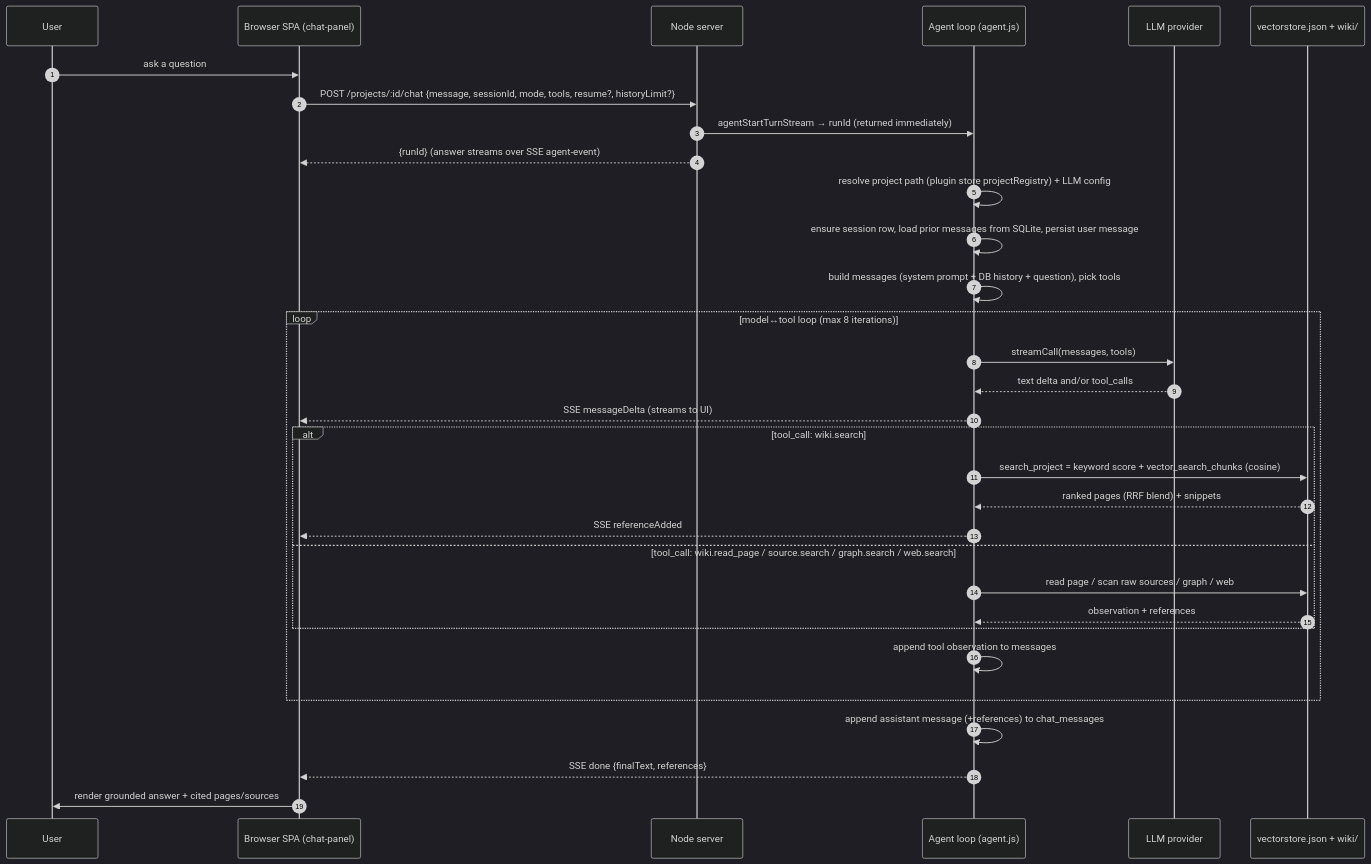
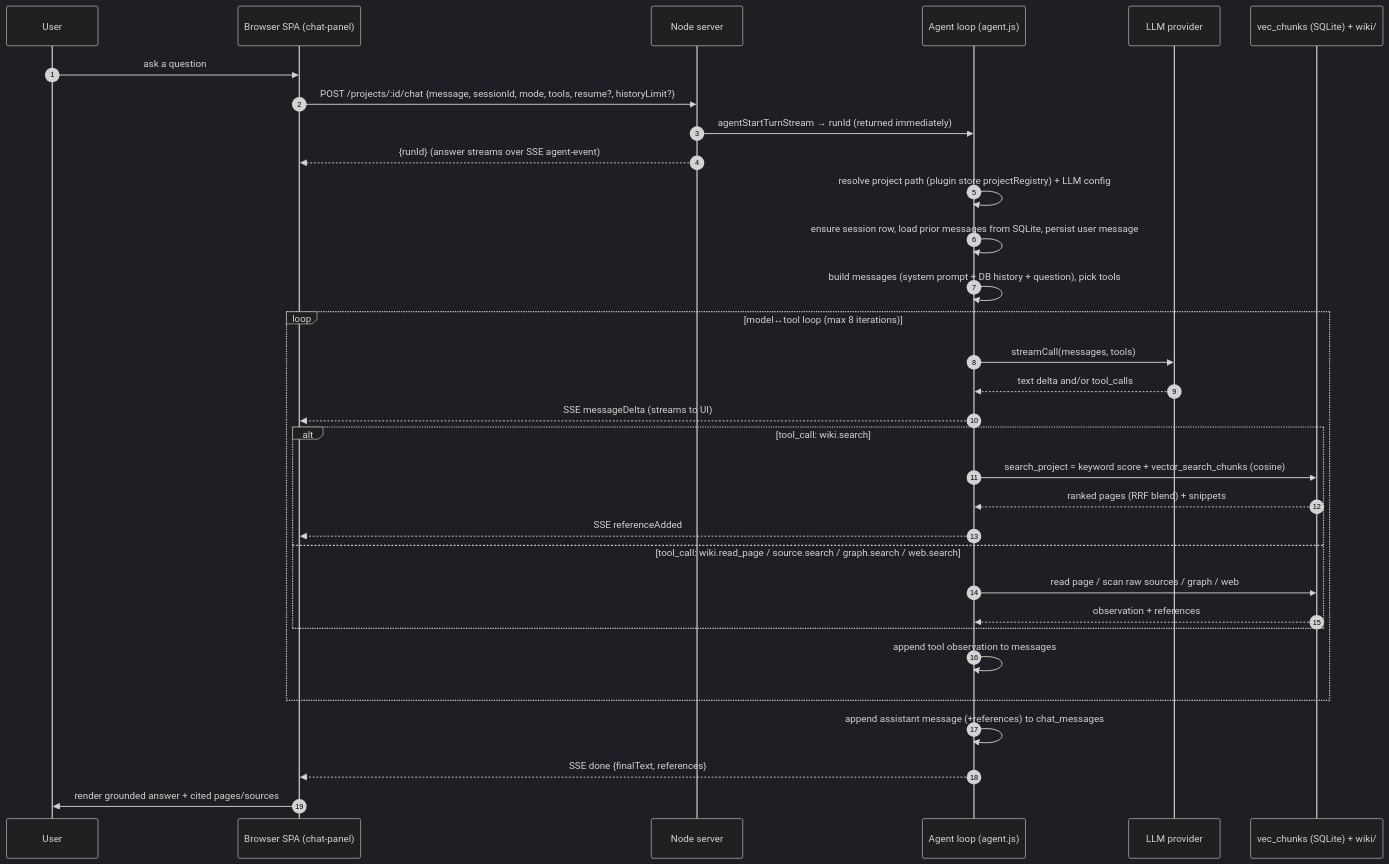
The third of 3 diagrams in docs/PUSH1_ACTUAL_ARCHITECTURE.md (nashsu/llm_wiki), drawn with Mermaid (dark theme) before and after one commit. The commit also changed other lines of this file and 13 other files, not shown here.

````diff
--- a/docs/PUSH1_ACTUAL_ARCHITECTURE.md
+++ b/docs/PUSH1_ACTUAL_ARCHITECTURE.md
@@ -234,38 +250,38 @@
 ```mermaid
 sequenceDiagram
   autonumber
   participant U as User
   participant SPA as Browser SPA (chat-panel)
   participant SRV as Node server
   participant AG as Agent loop (agent.js)
   participant LLM as LLM provider
-  participant VS as vectorstore.json + wiki/
+  participant VS as vec_chunks (SQLite) + wiki/
 
   U->>SPA: ask a question
   SPA->>SRV: POST /projects/:id/chat {message, sessionId, mode, tools, resume?, historyLimit?}
   SRV->>AG: agentStartTurnStream → runId (returned immediately)
   SRV-->>SPA: {runId}  (answer streams over SSE agent-event)
 
   AG->>AG: resolve project path (plugin store projectRegistry) + LLM config
   AG->>AG: ensure session row, load prior messages from SQLite, persist user message
   AG->>AG: build messages (system prompt + DB history + question), pick tools
 
   loop model↔tool loop (max 8 iterations)
     AG->>LLM: streamCall(messages, tools)
     LLM-->>AG: text delta and/or tool_calls
     AG-->>SPA: SSE messageDelta (streams to UI)
     alt tool_call: wiki.search
       AG->>VS: search_project = keyword score + vector_search_chunks (cosine)
       VS-->>AG: ranked pages (RRF blend) + snippets
       AG-->>SPA: SSE referenceAdded
     else tool_call: wiki.read_page / source.search / graph.search / web.search
       AG->>VS: read page / scan raw sources / graph / web
       VS-->>AG: observation + references
     end
     AG->>AG: append tool observation to messages
   end
 
   AG->>AG: append assistant message (+references) to chat_messages
   AG-->>SPA: SSE done {finalText, references}
   SPA->>U: render grounded answer + cited pages/sources
 ```
````
